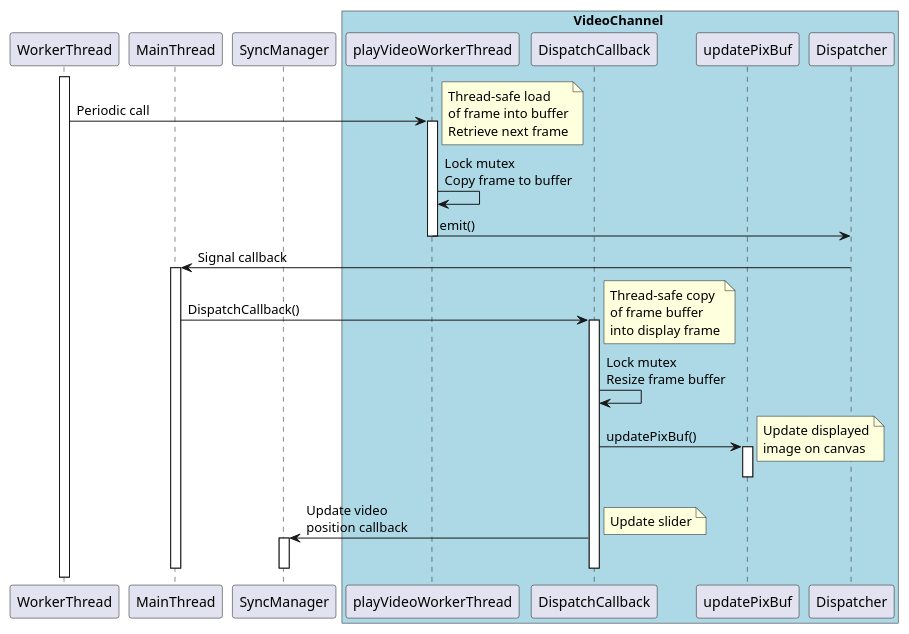
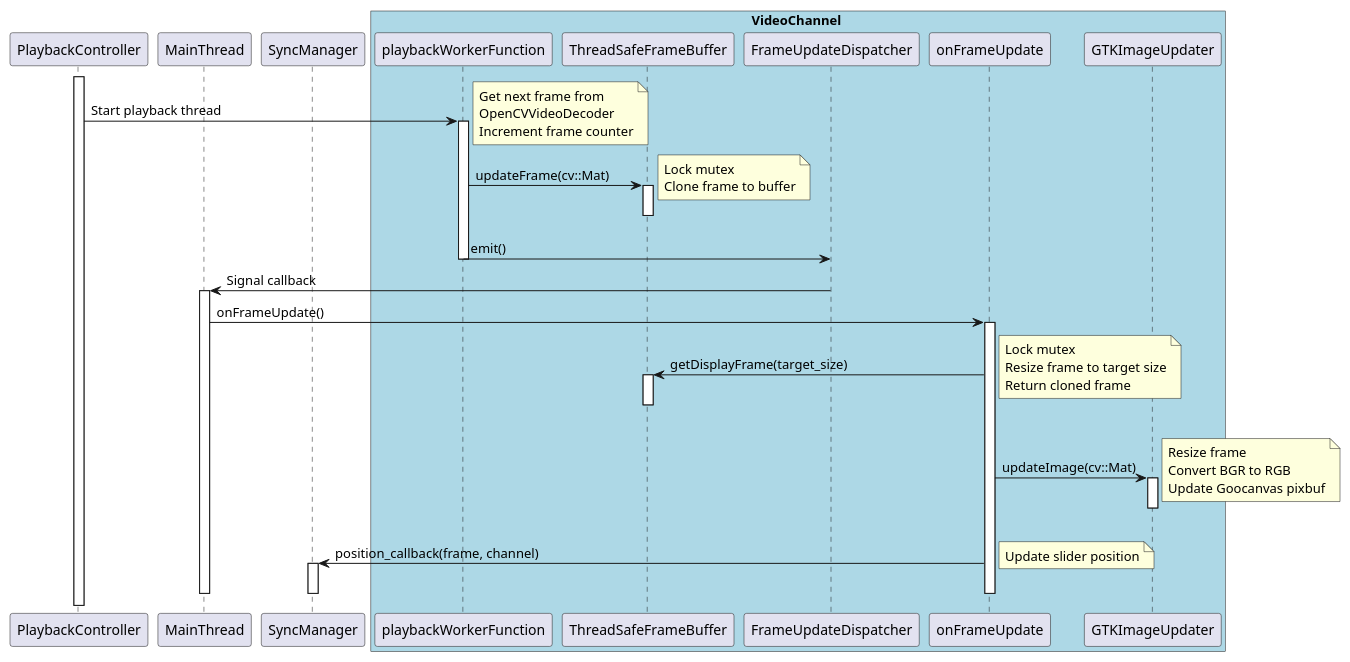
One commit to timwalsh41/SwingAnalyzer changed the first of 3 diagrams in design/Video channel frame update.md. Above: the diagram before and after it, drawn with PlantUML. The commit also changed other lines of this file and 5 other files, not shown here.

Commit message:
Revised frame update markdown to reflect recent VideoChannel refactor

````diff
--- a/design/Video channel frame update.md
+++ b/design/Video channel frame update.md
@@ -14,43 +14,49 @@
 ```plantuml
 
 @startuml
 
-participant WorkerThread
+participant PlaybackController
 participant MainThread
 participant SyncManager
 
 box VideoChannel #LightBlue
-participant playVideoWorkerThread
-participant DispatchCallback
-participant updatePixBuf
-participant Dispatcher
+participant playbackWorkerFunction
+participant ThreadSafeFrameBuffer
+participant FrameUpdateDispatcher
+participant onFrameUpdate
+participant GTKImageUpdater
 end box
 
-activate WorkerThread
-WorkerThread -> playVideoWorkerThread : Periodic call
-activate playVideoWorkerThread
-note right: Thread-safe load\nof frame into buffer\nRetrieve next frame
-playVideoWorkerThread -> playVideoWorkerThread : Lock mutex\nCopy frame to buffer
-playVideoWorkerThread -> Dispatcher : emit()
-deactivate playVideoWorkerThread
+activate PlaybackController
+PlaybackController -> playbackWorkerFunction : Start playback thread
+activate playbackWorkerFunction
+note right: Get next frame from\nOpenCVVideoDecoder\nIncrement frame counter
+playbackWorkerFunction -> ThreadSafeFrameBuffer : updateFrame(cv::Mat)
+activate ThreadSafeFrameBuffer
+note right: Lock mutex\nClone frame to buffer
+deactivate ThreadSafeFrameBuffer
+playbackWorkerFunction -> FrameUpdateDispatcher : emit()
+deactivate playbackWorkerFunction
 
-Dispatcher -> MainThread : Signal callback
+FrameUpdateDispatcher -> MainThread : Signal callback
 activate MainThread
-MainThread -> DispatchCallback : DispatchCallback()
-activate DispatchCallback
-note right: Thread-safe copy\nof frame buffer\ninto display frame
-DispatchCallback -> DispatchCallback : Lock mutex\nResize frame buffer
-DispatchCallback -> updatePixBuf : updatePixBuf()
-activate updatePixBuf
-note right: Update displayed\nimage on canvas
-deactivate updatePixBuf
-DispatchCallback -> SyncManager : Update video\nposition callback
+MainThread -> onFrameUpdate : onFrameUpdate()
+activate onFrameUpdate
+onFrameUpdate -> ThreadSafeFrameBuffer : getDisplayFrame(target_size)
+activate ThreadSafeFrameBuffer
+note right: Lock mutex\nResize frame to target size\nReturn cloned frame
+deactivate ThreadSafeFrameBuffer
+onFrameUpdate -> GTKImageUpdater : updateImage(cv::Mat)
+activate GTKImageUpdater
+note right: Resize frame\nConvert BGR to RGB\nUpdate Goocanvas pixbuf
+deactivate GTKImageUpdater
+onFrameUpdate -> SyncManager : position_callback(frame, channel)
 activate SyncManager
-note right: Update slider
+note right: Update slider position
 deactivate SyncManager
-deactivate DispatchCallback
+deactivate onFrameUpdate
 deactivate MainThread
 
 @enduml
 
 ```
````
